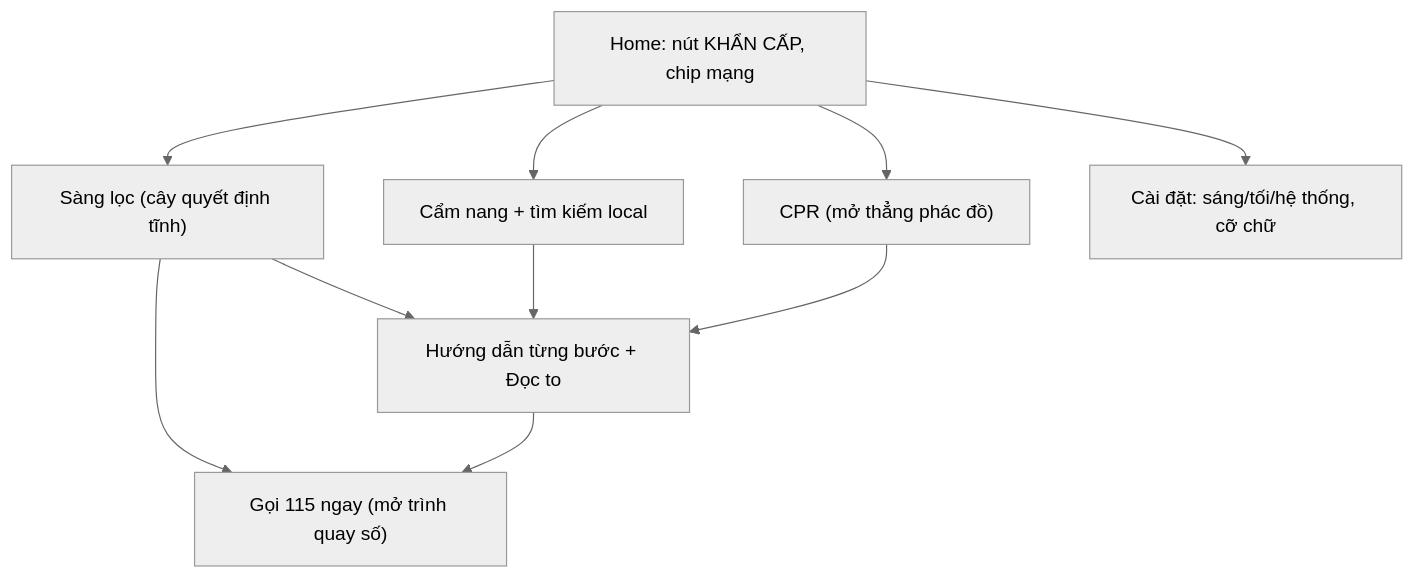
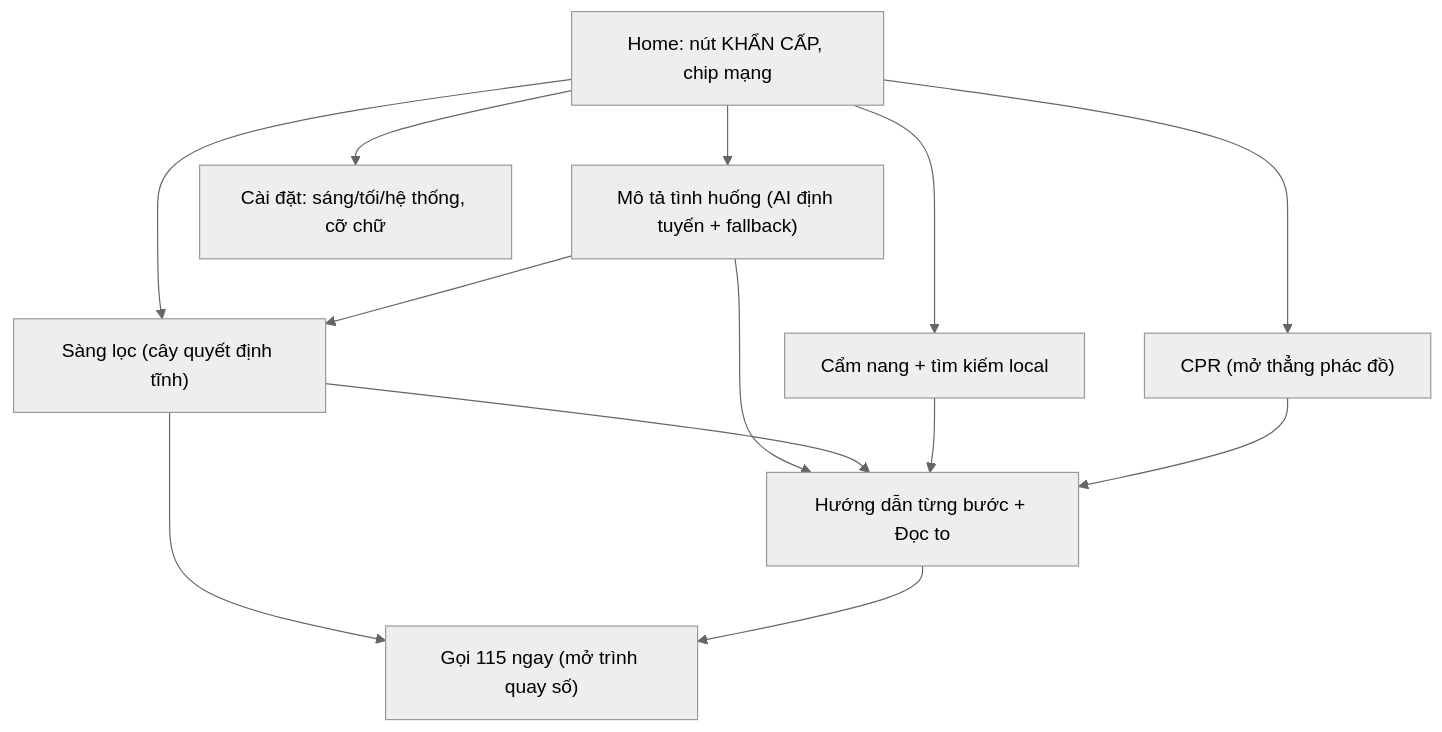
One commit to lddatitvku0202/firstaid-capstone changed the diagram in docs/reports/R1_Proposal.md. Above: the diagram before and after it, drawn with Mermaid (neutral theme). The commit also changed other lines of this file and 15 other files, not shown here.

````diff
--- a/docs/reports/R1_Proposal.md
+++ b/docs/reports/R1_Proposal.md
@@ -34,12 +34,15 @@
 ```mermaid
 flowchart TD
   Home["Home: nút KHẨN CẤP, chip mạng"] --> Triage["Sàng lọc (cây quyết định tĩnh)"]
   Home --> Handbook["Cẩm nang + tìm kiếm local"]
   Home --> CPR["CPR (mở thẳng phác đồ)"]
+  Home --> Describe["Mô tả tình huống (AI định tuyến + fallback)"]
   Home --> Settings["Cài đặt: sáng/tối/hệ thống, cỡ chữ"]
+  Describe --> Guide
+  Describe --> Triage
   Triage --> Guide["Hướng dẫn từng bước + Đọc to"]
   Triage --> Call115["Gọi 115 ngay (mở trình quay số)"]
   Handbook --> Guide
   CPR --> Guide
   Guide --> Call115
 ```
````
